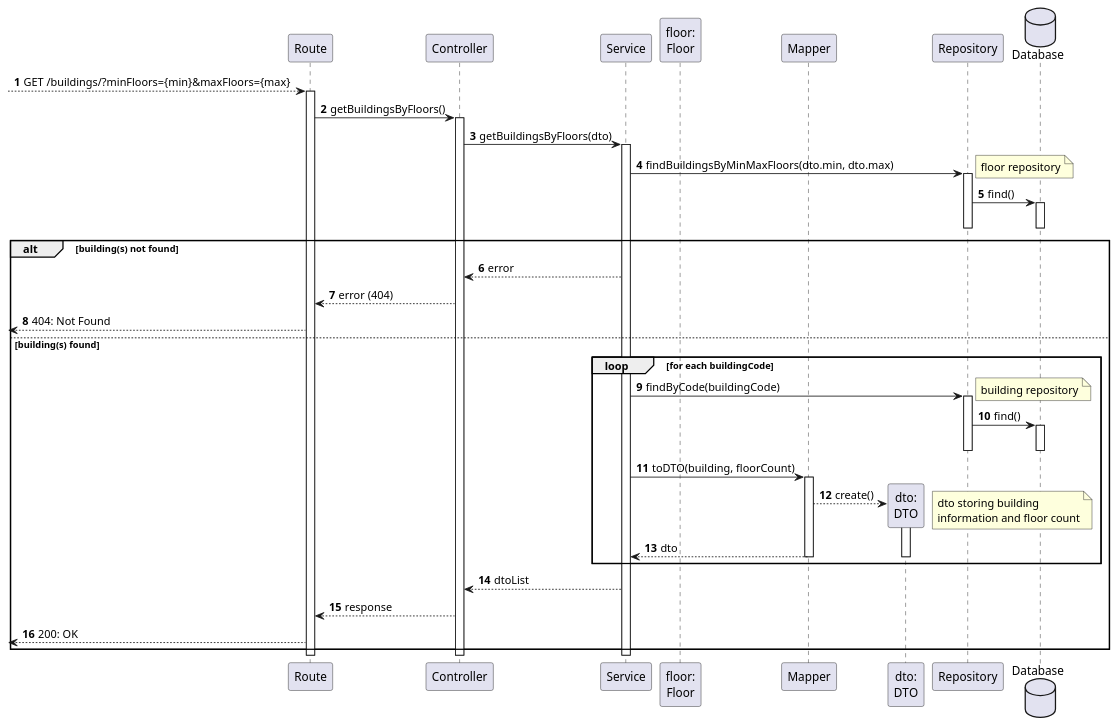
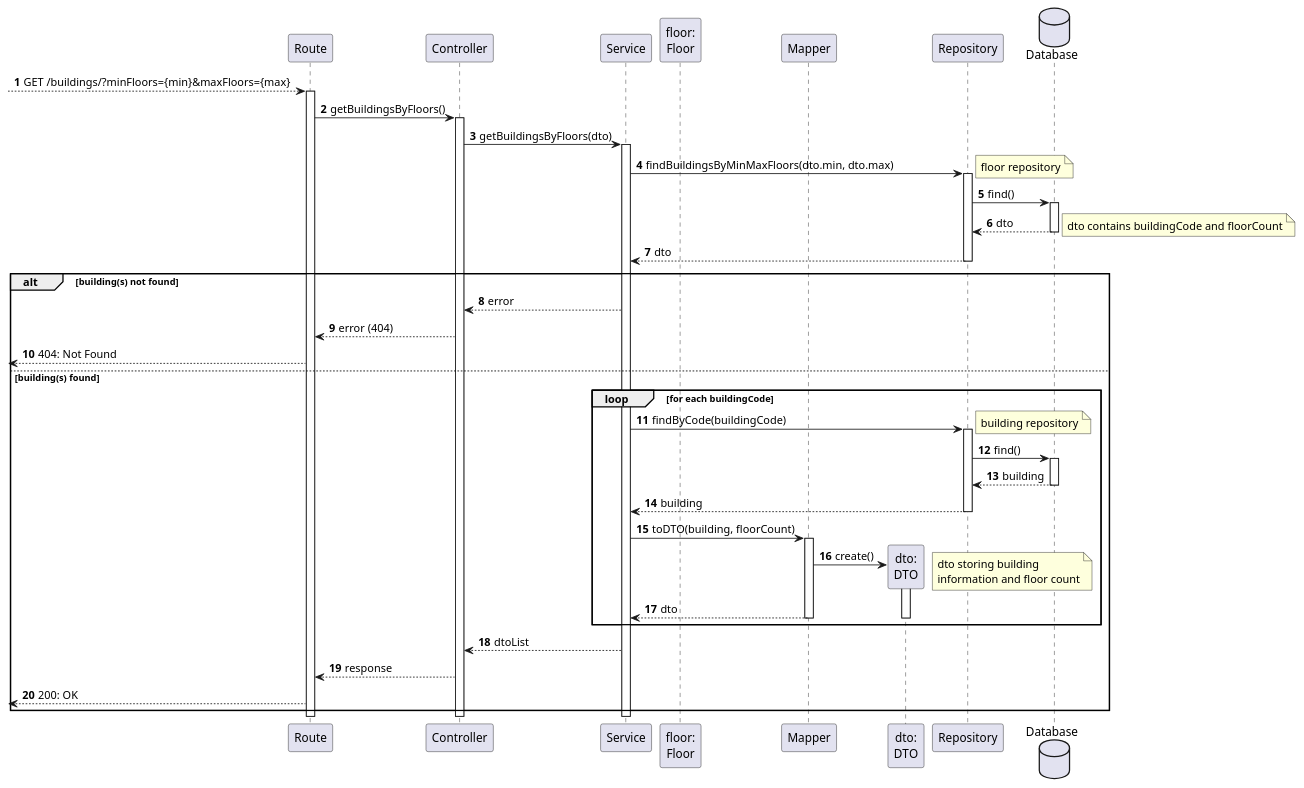
One commit to Departamento-de-Engenharia-Informatica/lapr5-23-24-g19 changed the diagram in docs/us180/level3/process-view.puml. Above: the diagram before and after it, drawn with PlantUML. The commit also changed 1 other file, not shown here.

```diff
--- a/docs/us180/level3/process-view.puml
+++ b/docs/us180/level3/process-view.puml
@@ -1,62 +1,67 @@
 @startuml
 autonumber
 
 participant "Route" as r
 participant "Controller" as ctrl
 participant "Service" as svc
 
 participant "floor:\nFloor" as floor
 participant "Mapper" as map
 participant "dto:\nDTO" as dto
 
 participant "Repository" as repo
 database "Database" as db
 
 [--> r: GET /buildings/?minFloors={min}&maxFloors={max}
 activate r
     r -> ctrl : getBuildingsByFloors()
     activate ctrl
         ctrl -> svc : getBuildingsByFloors(dto)
         activate svc
             svc -> repo : findBuildingsByMinMaxFloors(dto.min, dto.max)
             activate repo
                 note right: floor repository
                 repo -> db : find()
                 activate db
+                    db --> repo : dto
+                    note right : dto contains buildingCode and floorCount
                 deactivate db
+                repo --> svc : dto
             deactivate repo
 
             alt building(s) not found
                 svc --> ctrl : error
                 ctrl --> r : error (404)
                 [<--r : 404: Not Found
             else building(s) found
 
             loop for each buildingCode
                 svc -> repo : findByCode(buildingCode)
                 activate repo
                     note right : building repository
                     repo -> db : find()
                     activate db
+                         db --> repo : building
                     deactivate db
+                    repo --> svc : building
                 deactivate repo
 
                 svc -> map : toDTO(building, floorCount)
 
                 activate map
-                    map --> dto** : create()
+                    map -> dto** : create()
                     note right : dto storing building \ninformation and floor count
                     activate dto
                         map --> svc : dto
                     deactivate dto
                 deactivate map
             end loop
                 svc --> ctrl : dtoList
                 ctrl --> r : response
                 [<-- r : 200: OK
             end
         deactivate svc
     deactivate ctrl
 deactivate r
 
 @enduml
```
